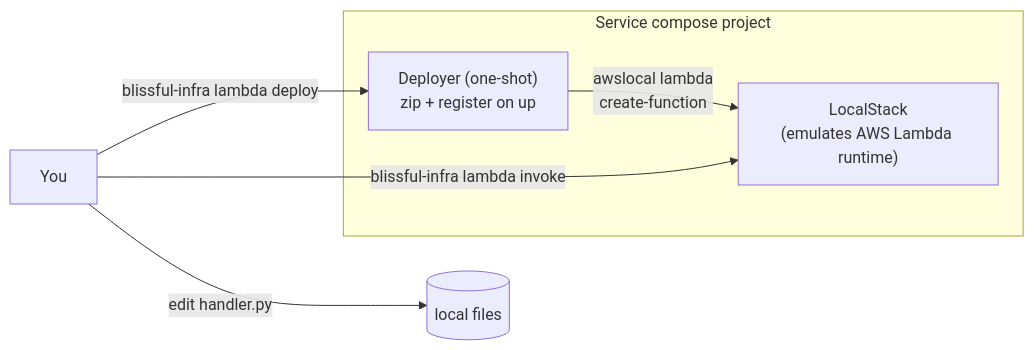
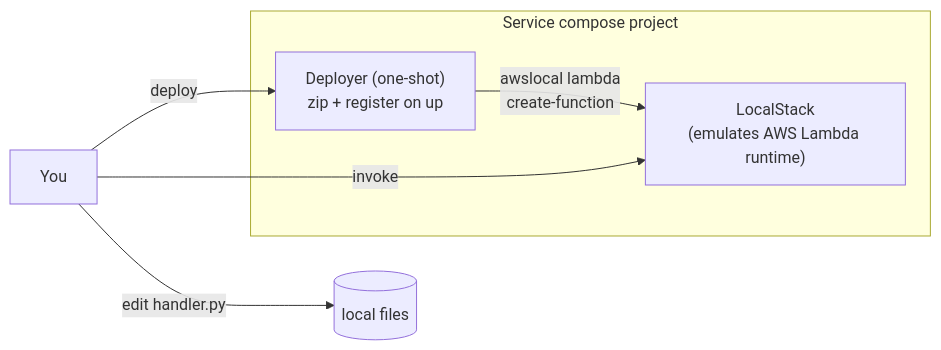
One commit to blissfulinfra/blissfulinfra changed the diagram in site/src/content/docs/templates/lambda-python.md. Above: the diagram before and after it, drawn with Mermaid. The commit also changed other lines of this file and 35 other files, not shown here.

````diff
--- a/site/src/content/docs/templates/lambda-python.md
+++ b/site/src/content/docs/templates/lambda-python.md
@@ -44,11 +51,11 @@
 ```mermaid
 flowchart LR
   subgraph compose[Service compose project]
     ls["LocalStack<br/>(emulates AWS Lambda runtime)"]
     dep["Deployer (one-shot)<br/>zip + register on up"]
     dep -->|awslocal lambda<br/>create-function| ls
   end
-  user["You"] -->|blissful-infra lambda invoke| ls
+  user["You"] -->|invoke| ls
   user -->|edit handler.py| fs[(local files)]
-  user -->|blissful-infra lambda deploy| dep
+  user -->|deploy| dep
 ```
````
